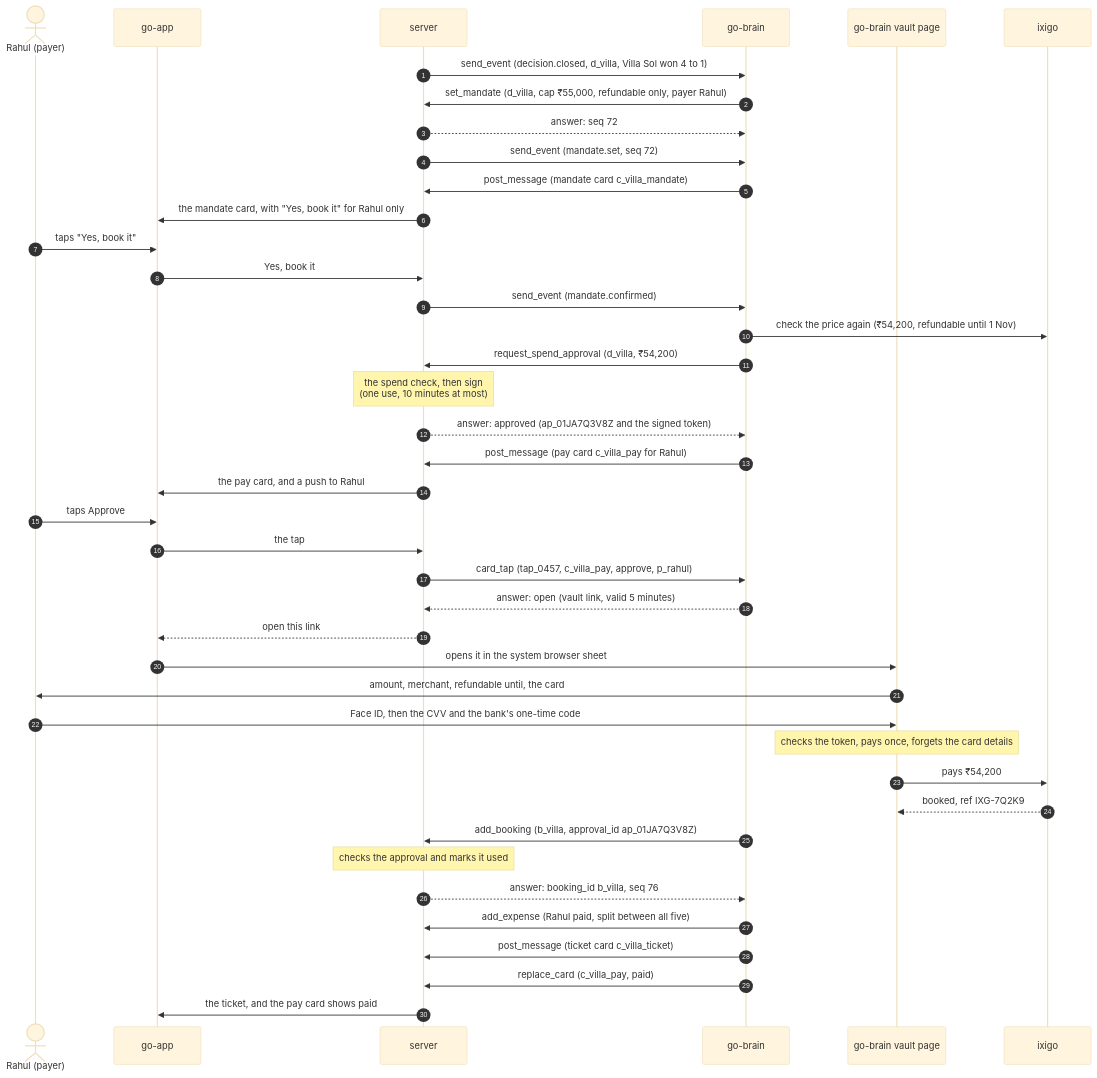
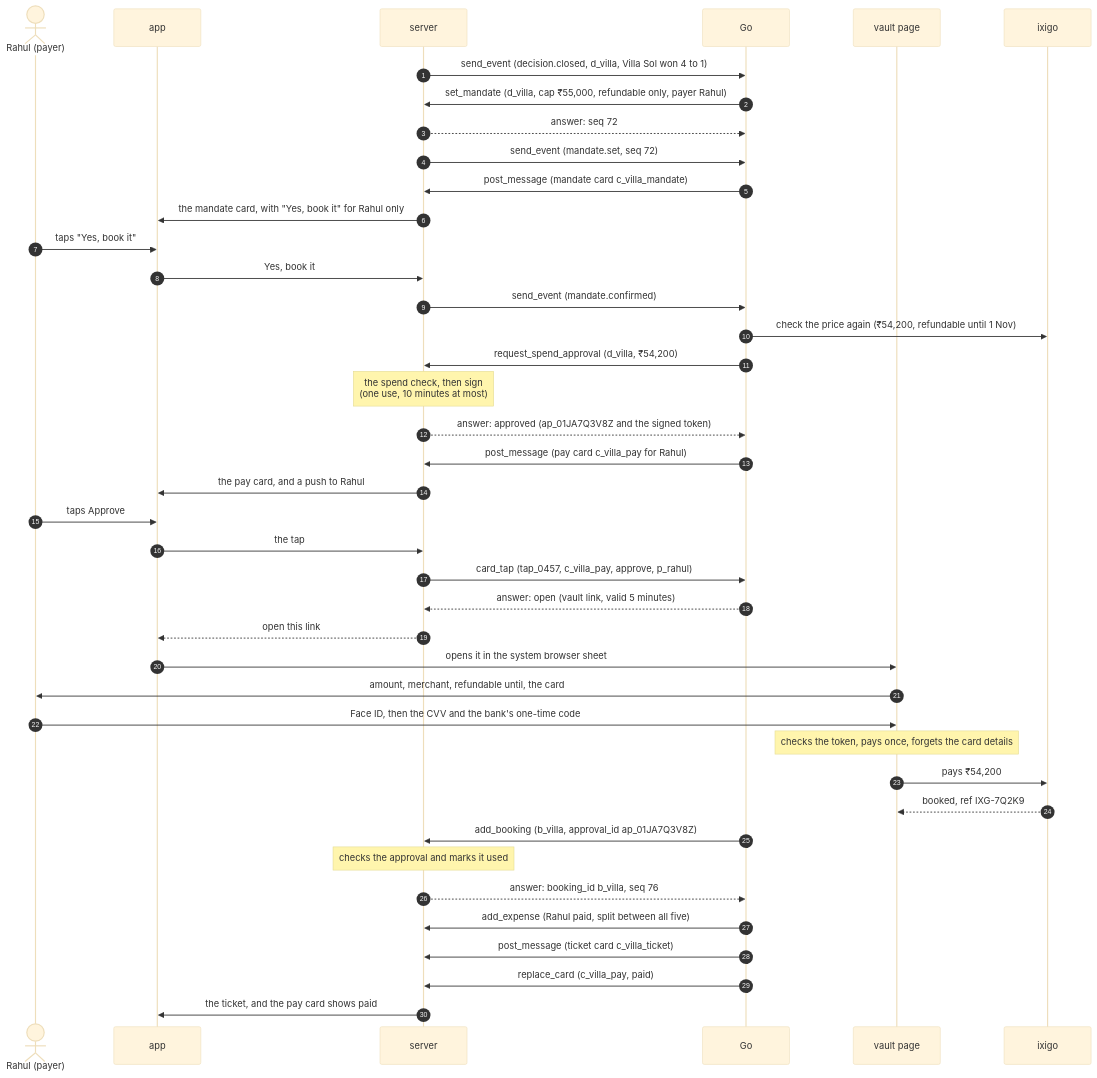
One commit to vestra-ai/go-brain changed the diagram in docs/guide/08-money-and-the-vault.md. Above: the diagram before and after it, drawn with Mermaid (base theme). The commit also changed other lines of this file and 37 other files, not shown here.

First line of the commit message:
docs: the three parts are the app, the server and Go; inside Go

````diff
--- a/docs/guide/08-money-and-the-vault.md
+++ b/docs/guide/08-money-and-the-vault.md
@@ -32,43 +32,43 @@
 ```mermaid
 sequenceDiagram
   autonumber
   actor Rahul as Rahul (payer)
-  participant app as go-app
+  participant app as app
   participant server as server
-  participant brain as go-brain
-  participant vault as go-brain vault page
+  participant go as Go
+  participant vault as vault page
   participant ixigo
-  server->>brain: send_event (decision.closed, d_villa, Villa Sol won 4 to 1)
-  brain->>server: set_mandate (d_villa, cap ₹55,000, refundable only, payer Rahul)
-  server-->>brain: answer: seq 72
-  server->>brain: send_event (mandate.set, seq 72)
-  brain->>server: post_message (mandate card c_villa_mandate)
+  server->>go: send_event (decision.closed, d_villa, Villa Sol won 4 to 1)
+  go->>server: set_mandate (d_villa, cap ₹55,000, refundable only, payer Rahul)
+  server-->>go: answer: seq 72
+  server->>go: send_event (mandate.set, seq 72)
+  go->>server: post_message (mandate card c_villa_mandate)
   server->>app: the mandate card, with "Yes, book it" for Rahul only
   Rahul->>app: taps "Yes, book it"
   app->>server: Yes, book it
-  server->>brain: send_event (mandate.confirmed)
-  brain->>ixigo: check the price again (₹54,200, refundable until 1 Nov)
-  brain->>server: request_spend_approval (d_villa, ₹54,200)
+  server->>go: send_event (mandate.confirmed)
+  go->>ixigo: check the price again (₹54,200, refundable until 1 Nov)
+  go->>server: request_spend_approval (d_villa, ₹54,200)
   Note over server: the spend check, then sign<br/>(one use, 10 minutes at most)
-  server-->>brain: answer: approved (ap_01JA7Q3V8Z and the signed token)
-  brain->>server: post_message (pay card c_villa_pay for Rahul)
+  server-->>go: answer: approved (ap_01JA7Q3V8Z and the signed token)
+  go->>server: post_message (pay card c_villa_pay for Rahul)
   server->>app: the pay card, and a push to Rahul
   Rahul->>app: taps Approve
   app->>server: the tap
-  server->>brain: card_tap (tap_0457, c_villa_pay, approve, p_rahul)
-  brain-->>server: answer: open (vault link, valid 5 minutes)
+  server->>go: card_tap (tap_0457, c_villa_pay, approve, p_rahul)
+  go-->>server: answer: open (vault link, valid 5 minutes)
   server-->>app: open this link
   app->>vault: opens it in the system browser sheet
   vault->>Rahul: amount, merchant, refundable until, the card
   Rahul->>vault: Face ID, then the CVV and the bank's one-time code
   Note over vault: checks the token, pays once, forgets the card details
   vault->>ixigo: pays ₹54,200
   ixigo-->>vault: booked, ref IXG-7Q2K9
-  brain->>server: add_booking (b_villa, approval_id ap_01JA7Q3V8Z)
+  go->>server: add_booking (b_villa, approval_id ap_01JA7Q3V8Z)
   Note over server: checks the approval and marks it used
-  server-->>brain: answer: booking_id b_villa, seq 76
-  brain->>server: add_expense (Rahul paid, split between all five)
-  brain->>server: post_message (ticket card c_villa_ticket)
-  brain->>server: replace_card (c_villa_pay, paid)
+  server-->>go: answer: booking_id b_villa, seq 76
+  go->>server: add_expense (Rahul paid, split between all five)
+  go->>server: post_message (ticket card c_villa_ticket)
+  go->>server: replace_card (c_villa_pay, paid)
   server->>app: the ticket, and the pay card shows paid
 ```
````
